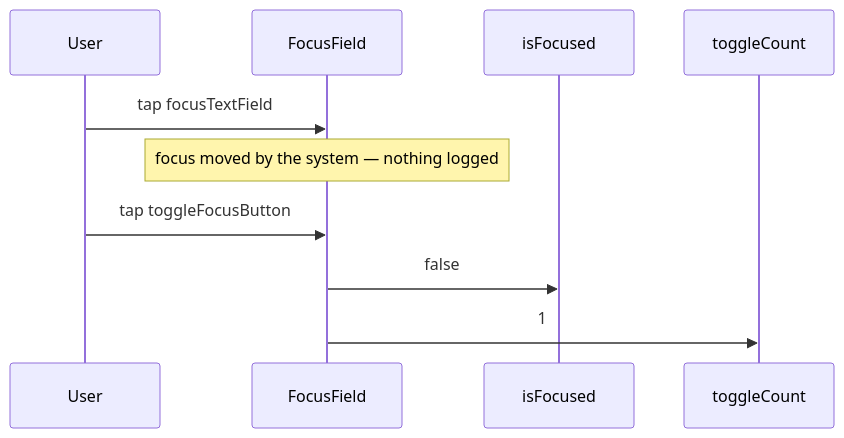
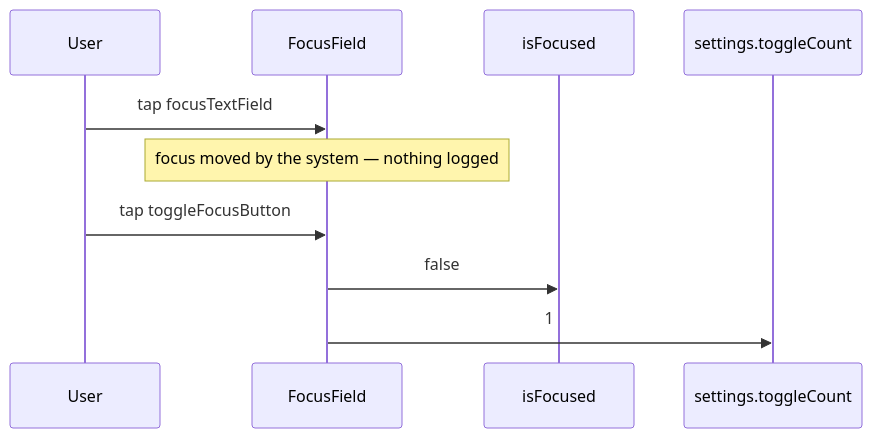
The diagram in hypermodular/scripts/fixtures/clean/FocusField/MAP.md (sisoje/hypermodular), drawn with Mermaid before and after one commit. The commit also changed 44 other files, not shown here.

````diff
--- a/hypermodular/scripts/fixtures/clean/FocusField/MAP.md
+++ b/hypermodular/scripts/fixtures/clean/FocusField/MAP.md
@@ -3,10 +3,10 @@
 ```mermaid
 %% Evidence: FocusField · Parent: Unmounted (../APP-MAP.md)
-%% Given: toggleCount 0 · unfocused
+%% Given: settings.toggleCount 0 · unfocused
 sequenceDiagram
     User->>FocusField: tap focusTextField
     Note over FocusField: focus moved by the system — nothing logged
     User->>FocusField: tap toggleFocusButton
     FocusField->>isFocused: false
-    FocusField->>toggleCount: 1
+    FocusField->>settings.toggleCount: 1
 ```
````
